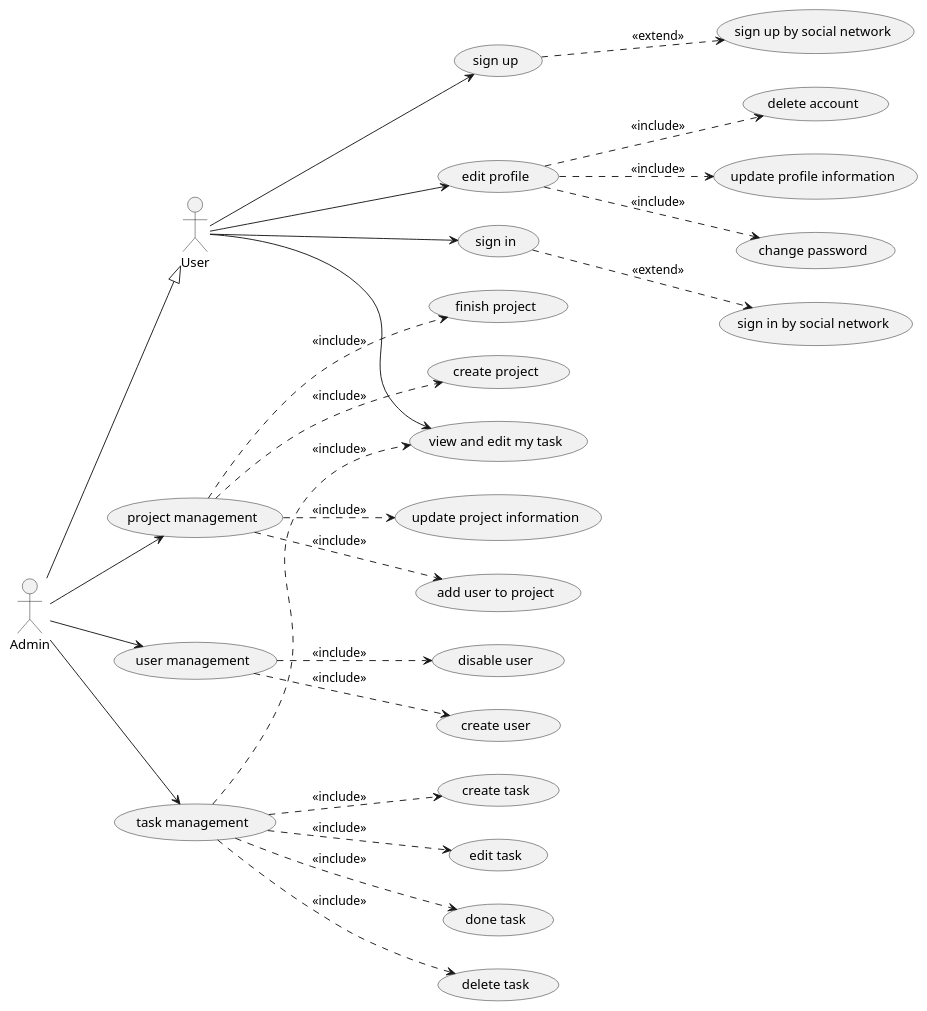
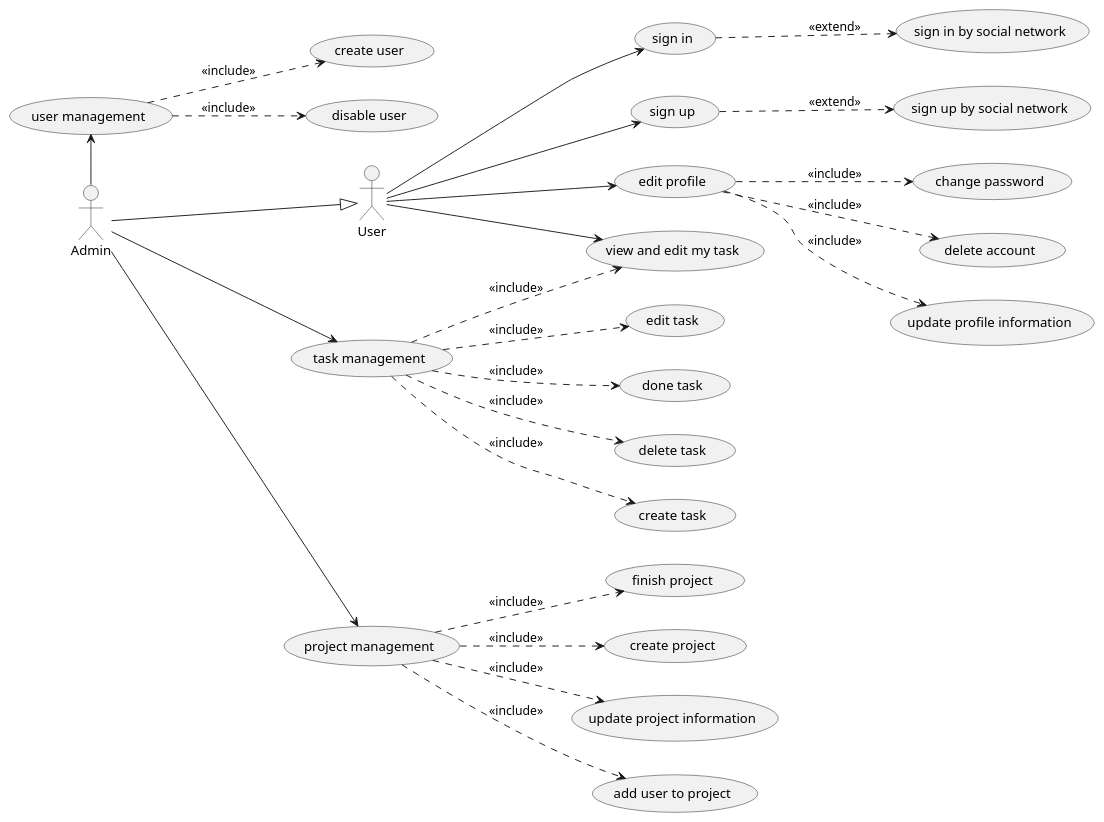
The diagram in docs/usecase.plantuml (felixnguyen678/project-todo-app-lb4), drawn with PlantUML before and after one commit. The commit also changed 13 other files, not shown here.

```diff
--- a/docs/usecase.plantuml
+++ b/docs/usecase.plantuml
@@ -2,36 +2,36 @@
 @startuml
 
 left to right direction
 (task management) ..> (view and edit my task): <<include>>
 (task management) ..> (create task): <<include>>
 (task management) ..> (edit task): <<include>>
 (task management) ..> (done task): <<include>>
 (task management) ..> (delete task): <<include>>
 
 (project management) ..> (create project): <<include>>
 (project management) ..> (update project information): <<include>>
 (project management) ..> (add user to project): <<include>>
 (project management) ..> (finish project): <<include>>
 
 (user management) ..> (create user): <<include>>
 (user management) ..> (disable user): <<include>>
 
 (edit profile)..> (update profile information): <<include>>
 (edit profile)..> (change password): <<include>>
 (edit profile)..> (delete account): <<include>>
 
 (sign in) ..> (sign in by social network): <<extend>>
 
 (sign up) ..> (sign up by social network): <<extend>>
 
 User --> (sign in)
 User --> (sign up)
 User --> (view and edit my task)
 User --> (edit profile)
 
 Admin --|> User
 
 Admin --> (task management)
-Admin --> (user management)
+Admin -left-> (user management)
 Admin --> (project management)
 @enduml
```
